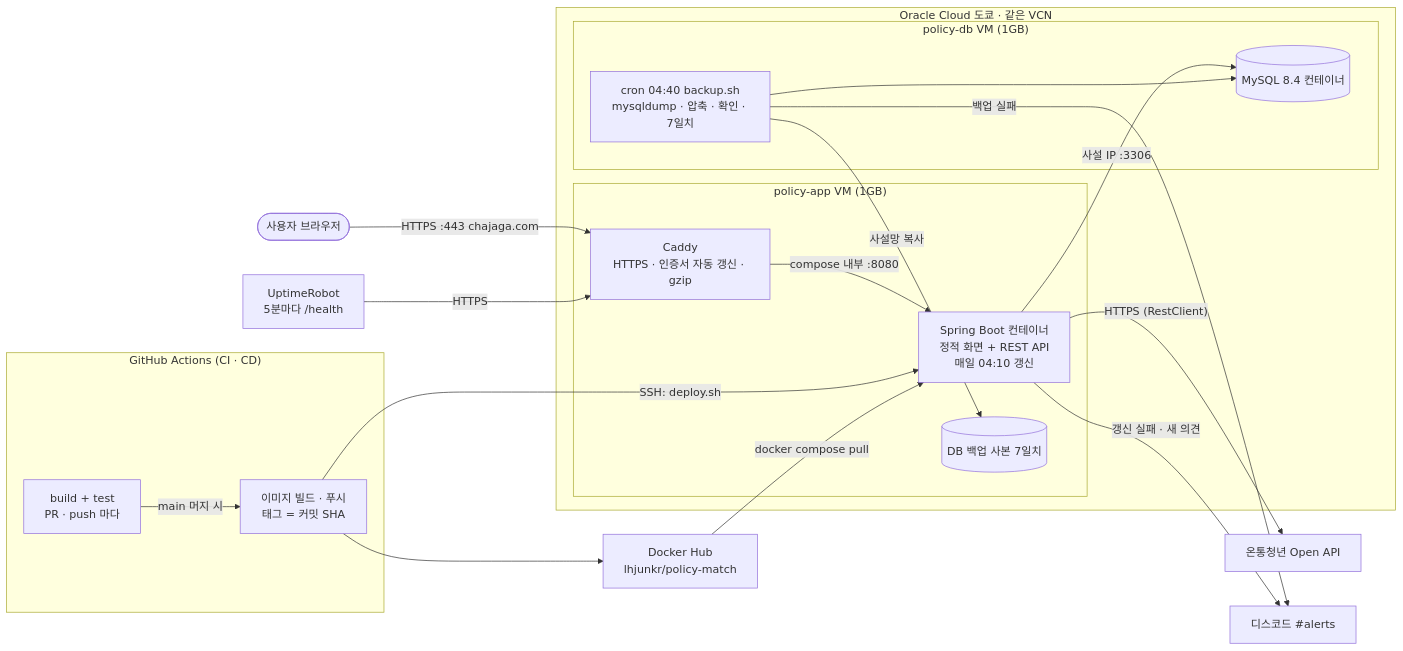
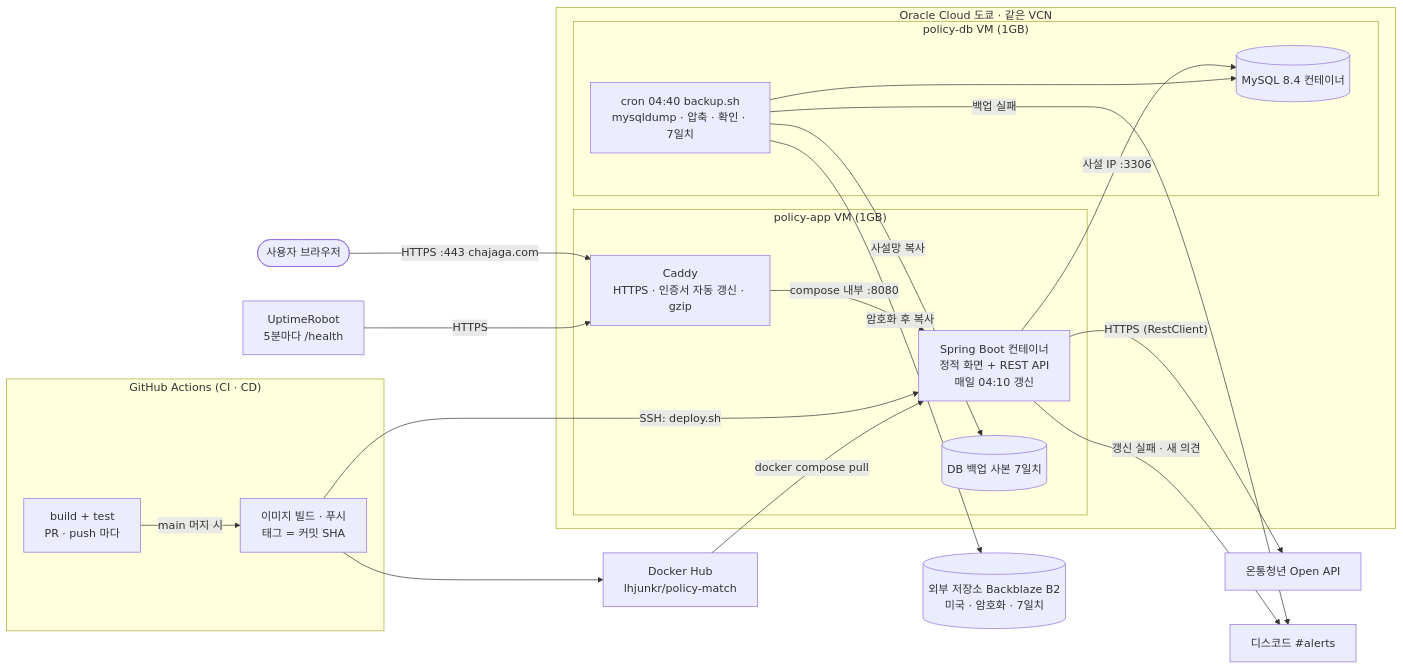
One commit to lhjunkr/public-data-site changed the diagram in README.md. Above: the diagram before and after it, drawn with Mermaid. The commit also changed other lines of this file and 1 other file, not shown here.

````diff
--- a/README.md
+++ b/README.md
@@ -92,39 +94,41 @@
 ```mermaid
 flowchart LR
     user(["사용자 브라우저"])
     youth["온통청년 Open API"]
     discord["디스코드 #alerts"]
     robot["UptimeRobot<br/>5분마다 /health"]
 
     subgraph oci ["Oracle Cloud 도쿄 · 같은 VCN"]
         subgraph appvm ["policy-app VM (1GB)"]
             caddy["Caddy<br/>HTTPS · 인증서 자동 갱신 · gzip"]
             app["Spring Boot 컨테이너<br/>정적 화면 + REST API<br/>매일 04:10 갱신"]
             copy[("DB 백업 사본 7일치")]
         end
         subgraph dbvm ["policy-db VM (1GB)"]
             db[("MySQL 8.4 컨테이너")]
             backup["cron 04:40 backup.sh<br/>mysqldump · 압축 · 확인 · 7일치"]
         end
     end
 
     subgraph delivery ["GitHub Actions (CI · CD)"]
         ci["build + test<br/>PR · push 마다"]
         img["이미지 빌드 · 푸시<br/>태그 = 커밋 SHA"]
     end
     hub["Docker Hub<br/>lhjunkr/policy-match"]
+    offsite[("외부 저장소 Backblaze B2<br/>미국 · 암호화 · 7일치")]
 
     user -- "HTTPS :443 chajaga.com" --> caddy
     robot -- "HTTPS" --> caddy
     caddy -- "compose 내부 :8080" --> app
     app -- "사설 IP :3306" --> db
     app -- "HTTPS (RestClient)" --> youth
     app -- "갱신 실패 · 새 의견" --> discord
     backup --> db
     backup -- "사설망 복사" --> copy
     backup -- "백업 실패" --> discord
+    backup -- "암호화 후 복사" --> offsite
     ci -- "main 머지 시" --> img
     img --> hub
     img -- "SSH: deploy.sh" --> app
     hub -- "docker compose pull" --> app
 ```
````
